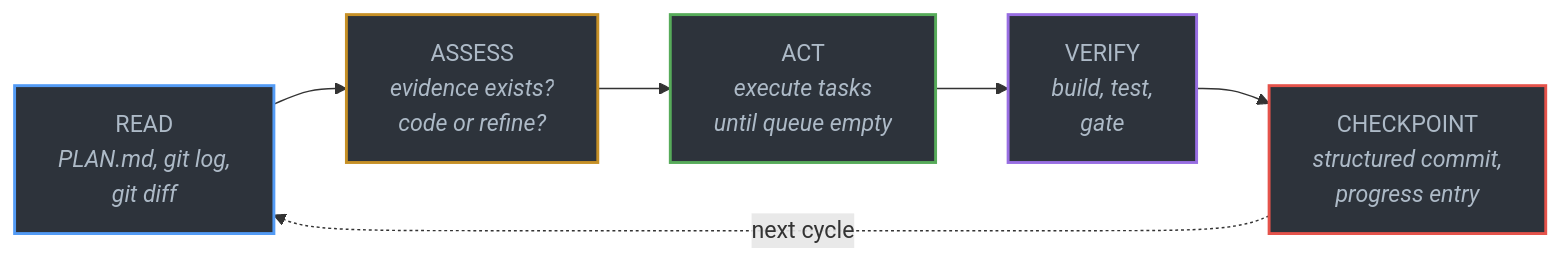
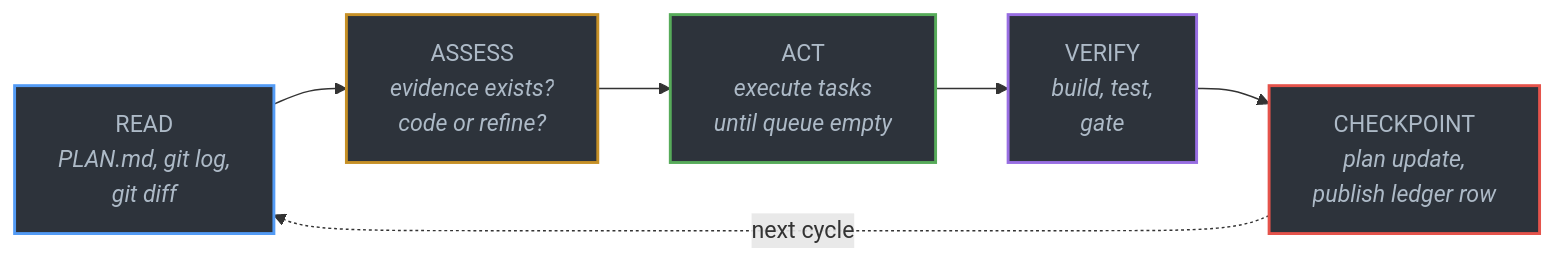
Before and after one commit to firstbitelabsllc/shadow: the second of 2 diagrams in README.md, drawn with Mermaid. The commit also changed other lines of this file and 397 other files, not shown here.

````diff
--- a/README.md
+++ b/README.md
@@ -129,17 +134,17 @@
 ```mermaid
 flowchart LR
     R["READ<br/><i>PLAN.md, git log,<br/>git diff</i>"]
     A["ASSESS<br/><i>evidence exists?<br/>code or refine?</i>"]
     E["ACT<br/><i>execute tasks<br/>until queue empty</i>"]
     V["VERIFY<br/><i>build, test,<br/>gate</i>"]
-    C["CHECKPOINT<br/><i>structured commit,<br/>progress entry</i>"]
+    C["CHECKPOINT<br/><i>plan update,<br/>publish ledger row</i>"]
 
     R --> A --> E --> V --> C
     C -.->|"next cycle"| R
 
     style R fill:#2d333b,stroke:#539bf5,stroke-width:2px,color:#adbac7
     style A fill:#2d333b,stroke:#c69026,stroke-width:2px,color:#adbac7
     style E fill:#2d333b,stroke:#57ab5a,stroke-width:2px,color:#adbac7
     style V fill:#2d333b,stroke:#986ee2,stroke-width:2px,color:#adbac7
     style C fill:#2d333b,stroke:#e5534b,stroke-width:2px,color:#adbac7
 ```
````
